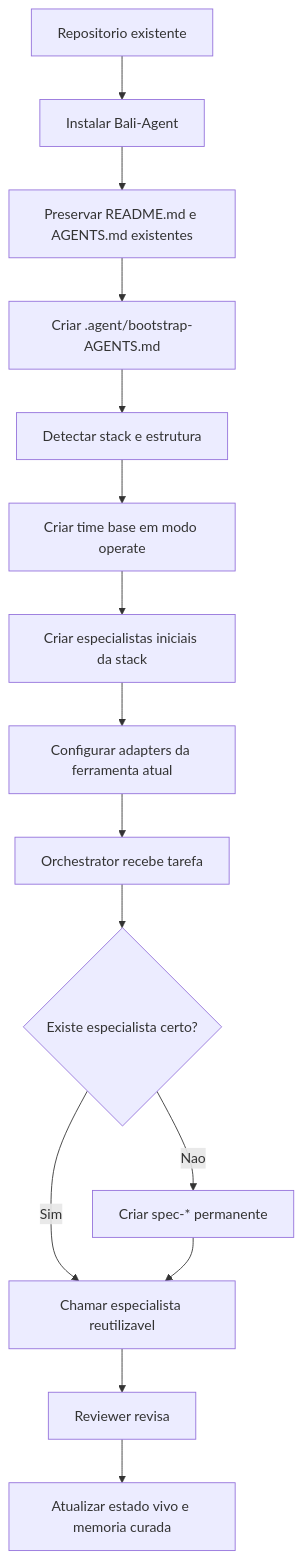
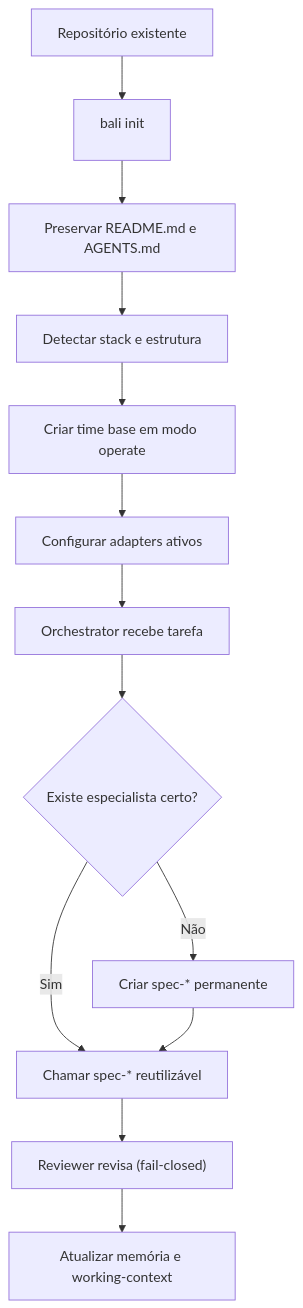
One commit to ba-lison/Bali-Agent changed the second of 2 diagrams in README.md. Above: the diagram before and after it, drawn with Mermaid. The commit also changed other lines of this file, not shown here.

````diff
--- a/README.md
+++ b/README.md
@@ -129,17 +286,15 @@
 ```mermaid
 flowchart TD
-  A["Repositorio existente"] --> B["Instalar Bali-Agent"]
-  B --> C["Preservar README.md e AGENTS.md existentes"]
-  C --> D["Criar .agent/bootstrap-AGENTS.md"]
-  D --> E["Detectar stack e estrutura"]
-  E --> F["Criar time base em modo operate"]
-  F --> G["Criar especialistas iniciais da stack"]
-  G --> H["Configurar adapters da ferramenta atual"]
-  H --> I["Orchestrator recebe tarefa"]
-  I --> J{"Existe especialista certo?"}
-  J -- "Sim" --> K["Chamar especialista reutilizavel"]
-  J -- "Nao" --> L["Criar spec-* permanente"]
-  L --> K
-  K --> M["Reviewer revisa"]
-  M --> N["Atualizar estado vivo e memoria curada"]
+  A["Repositório existente"] --> B["bali init <dir>"]
+  B --> C["Preservar README.md e AGENTS.md"]
+  C --> D["Detectar stack e estrutura"]
+  D --> E["Criar time base em modo operate"]
+  E --> F["Configurar adapters ativos"]
+  F --> G["Orchestrator recebe tarefa"]
+  G --> H{"Existe especialista certo?"}
+  H -- "Sim" --> I["Chamar spec-* reutilizável"]
+  H -- "Não" --> J["Criar spec-* permanente"]
+  J --> I
+  I --> K["Reviewer revisa (fail-closed)"]
+  K --> L["Atualizar memória e working-context"]
 ```
````
